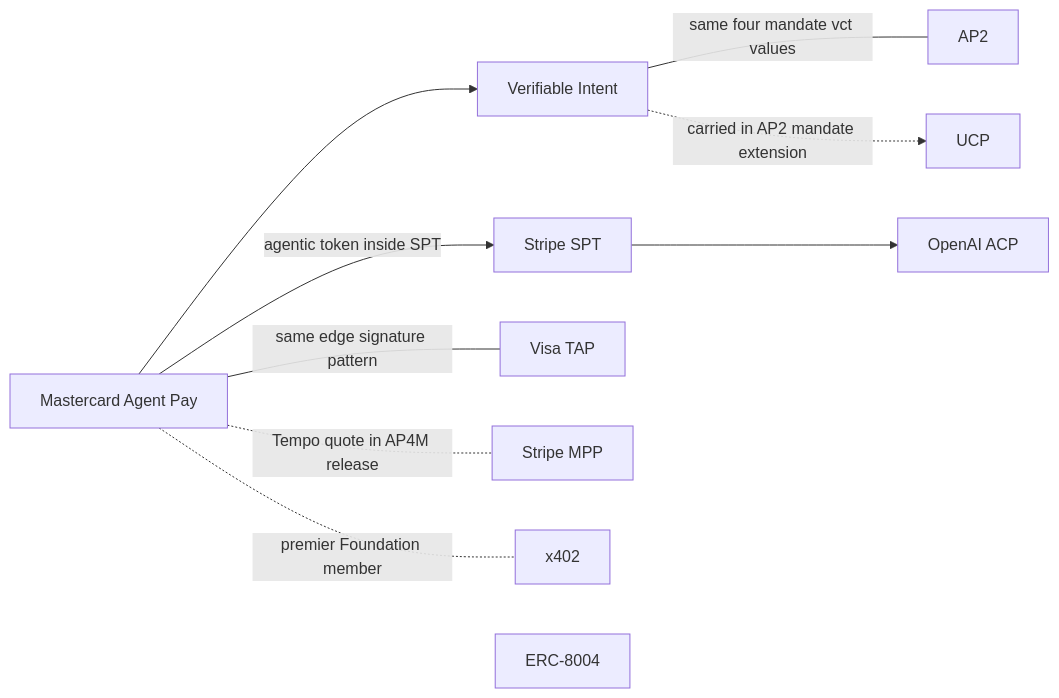
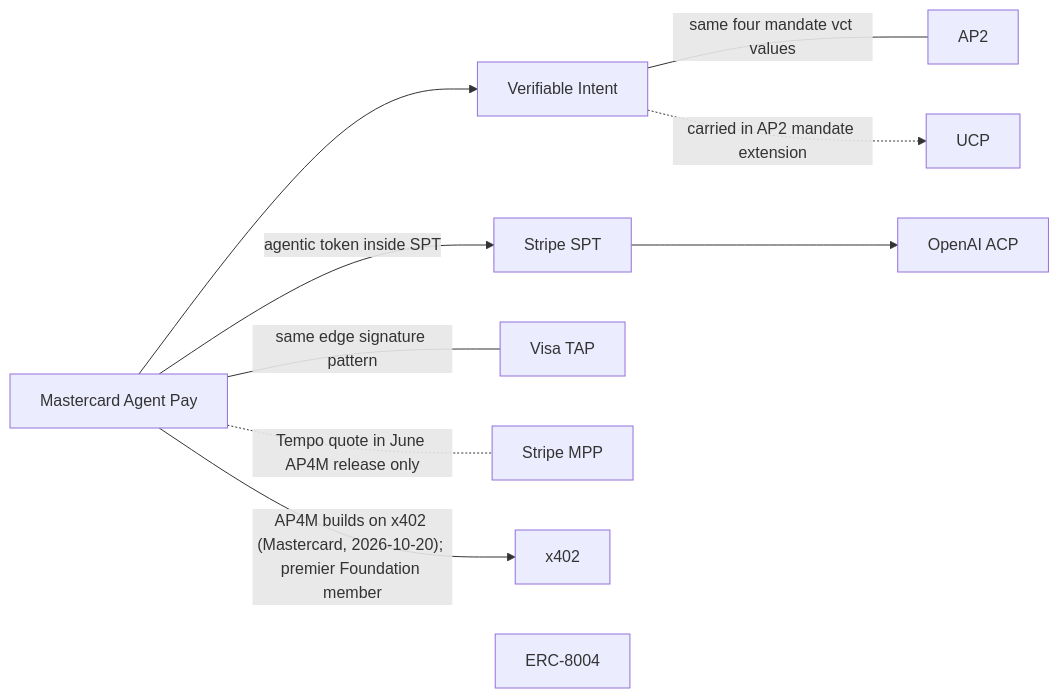
One commit to mercesAI/agentic-rails-atlas changed the diagram in src/content/diagrams/mastercard-agent-pay-composition.mmd. Above: the diagram before and after it, drawn with Mermaid. The commit also changed 85 other files, not shown here.

```diff
--- a/src/content/diagrams/mastercard-agent-pay-composition.mmd
+++ b/src/content/diagrams/mastercard-agent-pay-composition.mmd
@@ -1,20 +1,20 @@
 flowchart LR
   MAP["Mastercard Agent Pay"]
   VI["Verifiable Intent"]
   AP2["AP2"]
   UCP["UCP"]
   SPT["Stripe SPT"]
   ACP["OpenAI ACP"]
   TAP["Visa TAP"]
   MPP["Stripe MPP"]
   X4["x402"]
   E8["ERC-8004"]
   MAP --> VI
   VI -- "same four mandate vct values" --- AP2
   VI -. "carried in AP2 mandate extension" .-> UCP
   MAP -- "agentic token inside SPT" --> SPT
   SPT --> ACP
   MAP -- "same edge signature pattern" --- TAP
-  MAP -. "Tempo quote in AP4M release" .- MPP
-  MAP -. "premier Foundation member" .- X4
+  MAP -- "AP4M builds on x402 (Mastercard, 2026-10-20); premier Foundation member" --> X4
+  MAP -. "Tempo quote in June AP4M release only" .- MPP
   MAP ~~~ E8
```
